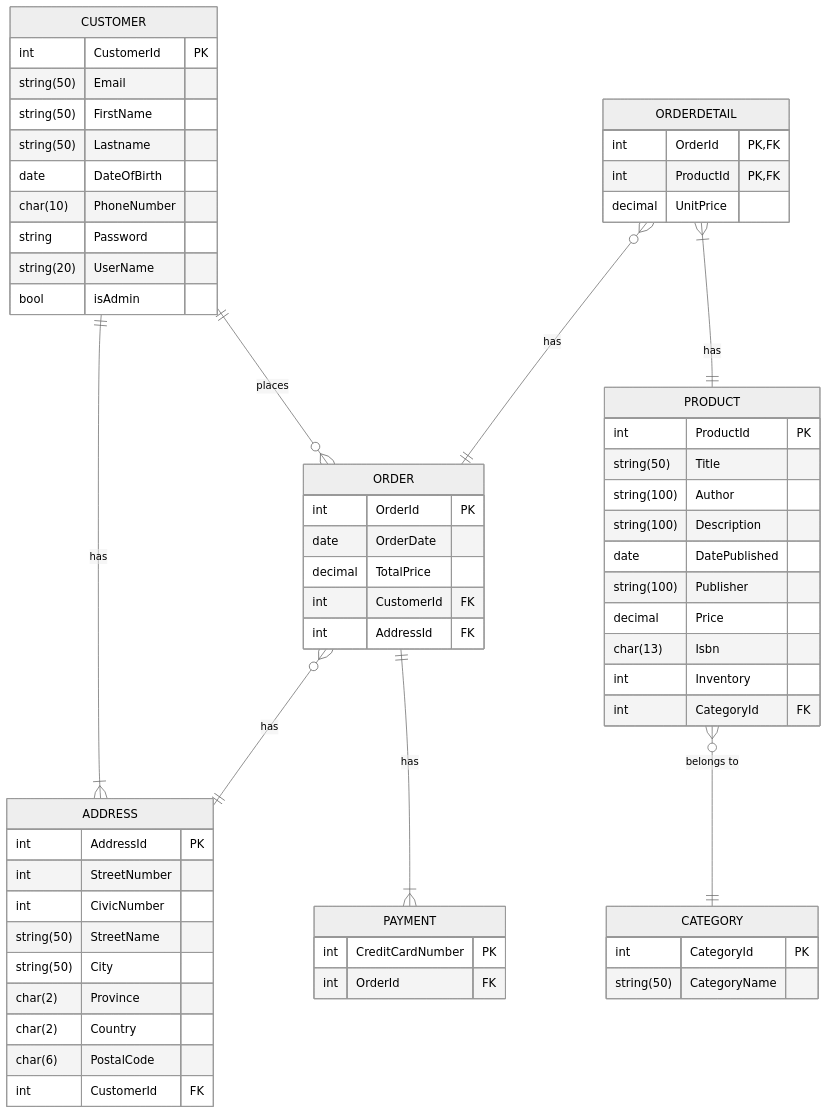
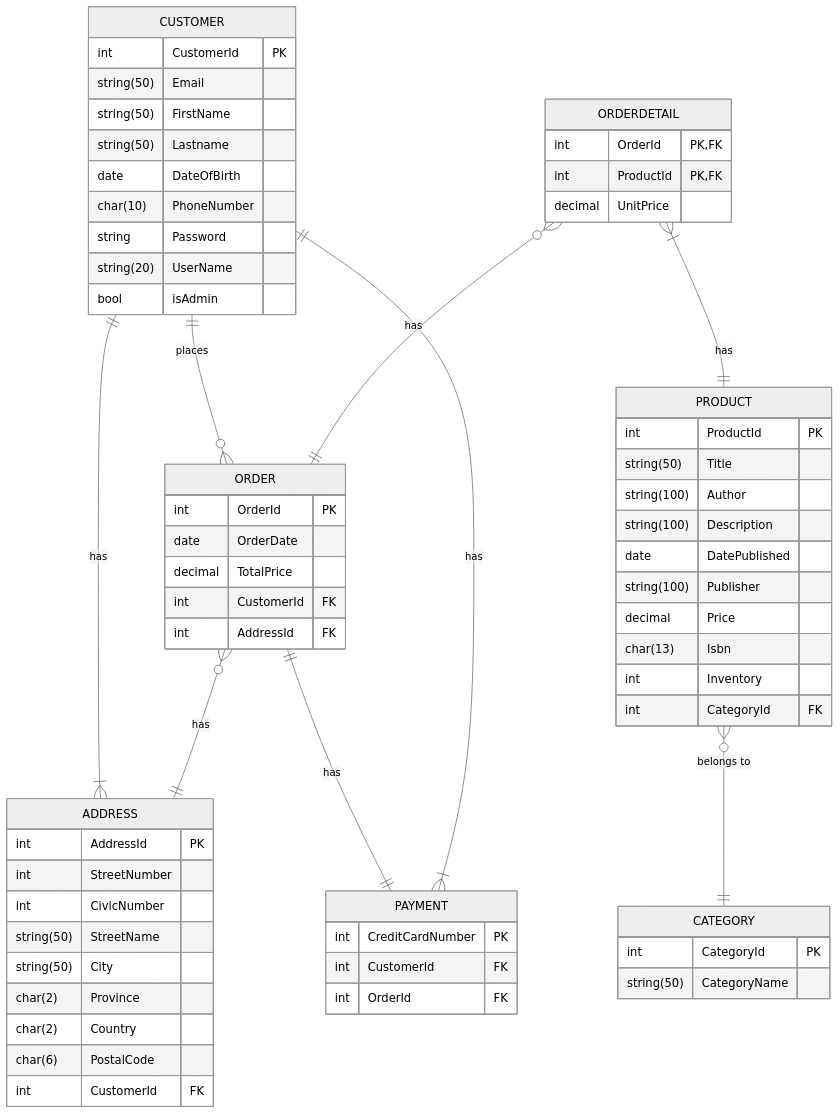
Before and after one commit to Gregster31/ecommPlus: the diagram in erd.mermaid, drawn with Mermaid (neutral theme).

```diff
--- a/erd.mermaid
+++ b/erd.mermaid
@@ -1,69 +1,71 @@
 erDiagram
     PRODUCT {
         int ProductId PK
         string(50) Title
         string(100) Author
         string(100) Description
         date DatePublished
         string(100) Publisher
         decimal Price
         char(13) Isbn
         int Inventory
         int CategoryId FK
     }
 
     CATEGORY {
         int CategoryId PK
         string(50) CategoryName
     }
 
     CUSTOMER {
         int CustomerId PK
         string(50) Email
         string(50) FirstName
         string(50) Lastname
         date DateOfBirth
         char(10) PhoneNumber
         string Password
         string(20) UserName
         bool isAdmin
     }
     
     ADDRESS {
         int AddressId PK
         int StreetNumber
         int CivicNumber
         string(50) StreetName
         string(50) City
         char(2) Province
         char(2) Country
         char(6) PostalCode
         int CustomerId FK
     }
 
     ORDER {
         int OrderId PK
         date OrderDate
         decimal TotalPrice
         int CustomerId FK
         int AddressId FK
     }
 
     ORDERDETAIL {
         int OrderId PK, FK
         int ProductId PK, FK
         decimal UnitPrice
     }
 
     PAYMENT {
         int CreditCardNumber PK
+        int CustomerId FK
         int OrderId FK
     }
 
     CUSTOMER ||--}| ADDRESS : has
     PRODUCT }o--|| CATEGORY : "belongs to"
     CUSTOMER ||--}o ORDER : places
     ORDER }o--|| ADDRESS : has
     ORDERDETAIL }o--|| ORDER : has
     ORDERDETAIL }|--|| PRODUCT : has
-    ORDER ||--}| PAYMENT : has
+    ORDER ||--|| PAYMENT : has
+    CUSTOMER ||--}| PAYMENT : has
```
